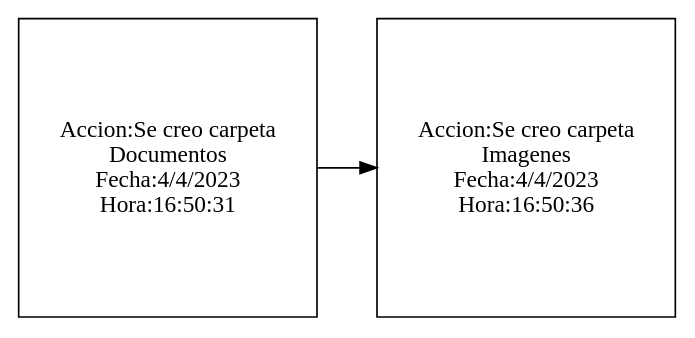
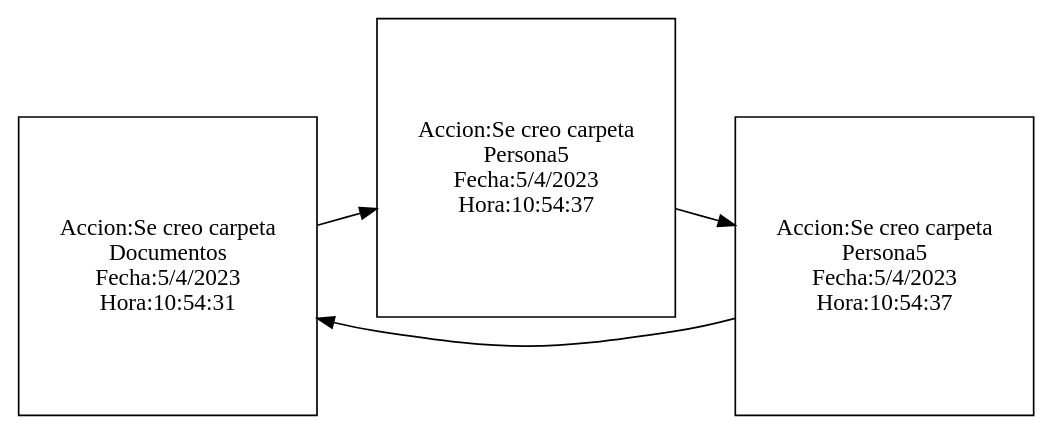
Before and after one commit to LuisCastillo2001/EDD_1S2023_PY_202003745: the diagram in EDD_Proyecto1_Fase1/doble.dot, drawn with Graphviz. The commit also changed 1 other file, not shown here.

```diff
--- a/EDD_Proyecto1_Fase1/doble.dot
+++ b/EDD_Proyecto1_Fase1/doble.dot
@@ -1,7 +1,10 @@
 digraph ListaCircular{ 
  node[shape = square]; 
  rankdir = LR 
-nodo1[label ="Accion:Se creo carpeta\nDocumentos\nFecha:4/4/2023\nHora:16:50:31"]
-nodo2[label ="Accion:Se creo carpeta\nImagenes\nFecha:4/4/2023\nHora:16:50:36"]
-nodo1->nodo2
+nodo1[label ="Accion:Se creo carpeta\nDocumentos\nFecha:5/4/2023\nHora:10:54:31"]
+nodo2[label ="Accion:Se creo carpeta\nPersona5\nFecha:5/4/2023\nHora:10:54:37"]
+nodo3[label ="Accion:Se creo carpeta\nPersona5\nFecha:5/4/2023\nHora:10:54:37"]
+
+nodo1->nodo2 ->nodo3->nodo1
+
 }
```
